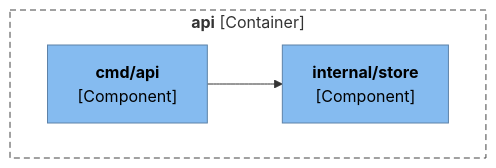
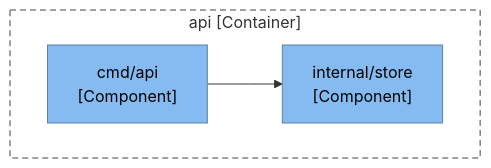
Before and after one commit to ythalorossy/architecture-skills: the second of 3 diagrams in tests/golden/go_mod/output/ArchitectureReport.md, drawn with Mermaid. The commit also changed other lines of this file and 51 other files, not shown here.

First line of the commit message:
fix(render): plain diagram labels keep the characters in code names

````diff
--- a/tests/golden/go_mod/output/ArchitectureReport.md
+++ b/tests/golden/go_mod/output/ArchitectureReport.md
@@ -54,18 +52,16 @@
 ```mermaid
 flowchart TB
-    subgraph boundary["`**api** [Container]`"]
-        cmd_api["`**cmd/api**
-[Component]`"]
-        internal_store["`**internal/store**
-[Component]`"]
+    subgraph boundary["api [Container]"]
+        cmd_api["cmd/api<br/>[Component]"]
+        internal_store["internal/store<br/>[Component]"]
     end
     cmd_api --> internal_store
     classDef person fill:#08427b,stroke:#052e56,color:#ffffff
     classDef container fill:#1168bd,stroke:#0b4884,color:#ffffff
     classDef system fill:#1168bd,stroke:#0b4884,color:#ffffff
     classDef component fill:#85bbf0,stroke:#5d82a8,color:#000000
     classDef external fill:#999999,stroke:#6b6b6b,color:#ffffff
     classDef shared fill:#dbe9f6,stroke:#5d82a8,color:#000000,stroke-dasharray:4 3
     class cmd_api,internal_store component
     style boundary fill:none,stroke:#444444,stroke-dasharray:6 4
 ```
````
